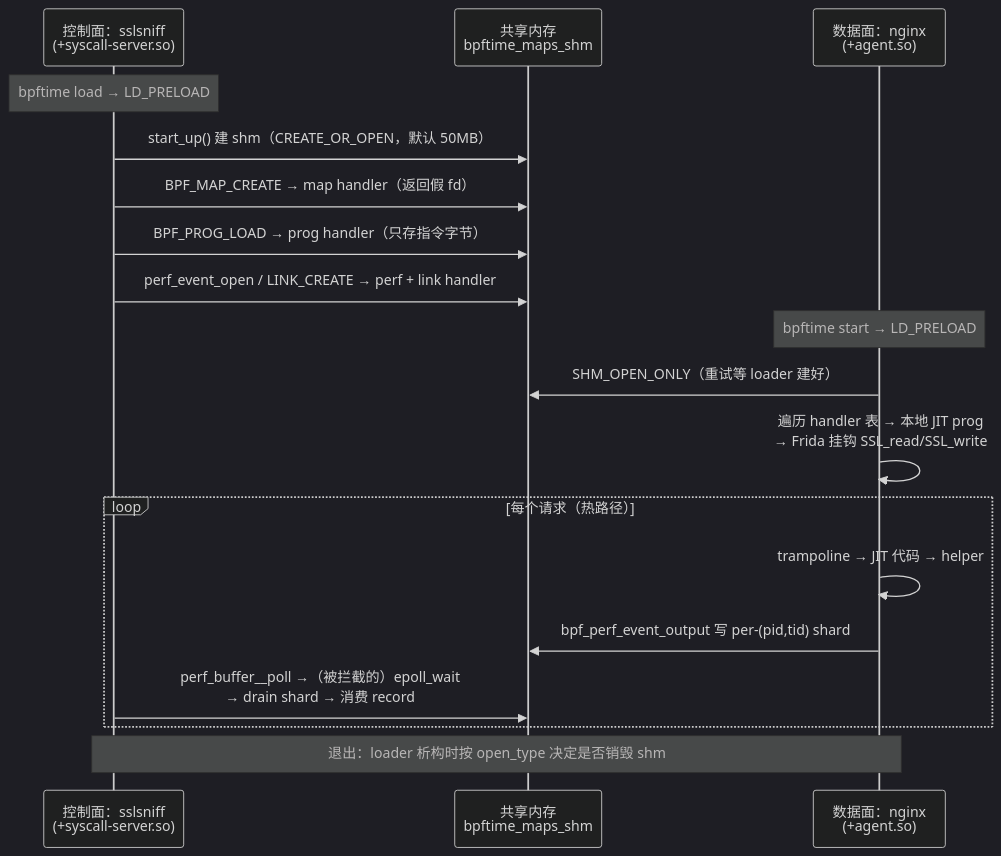
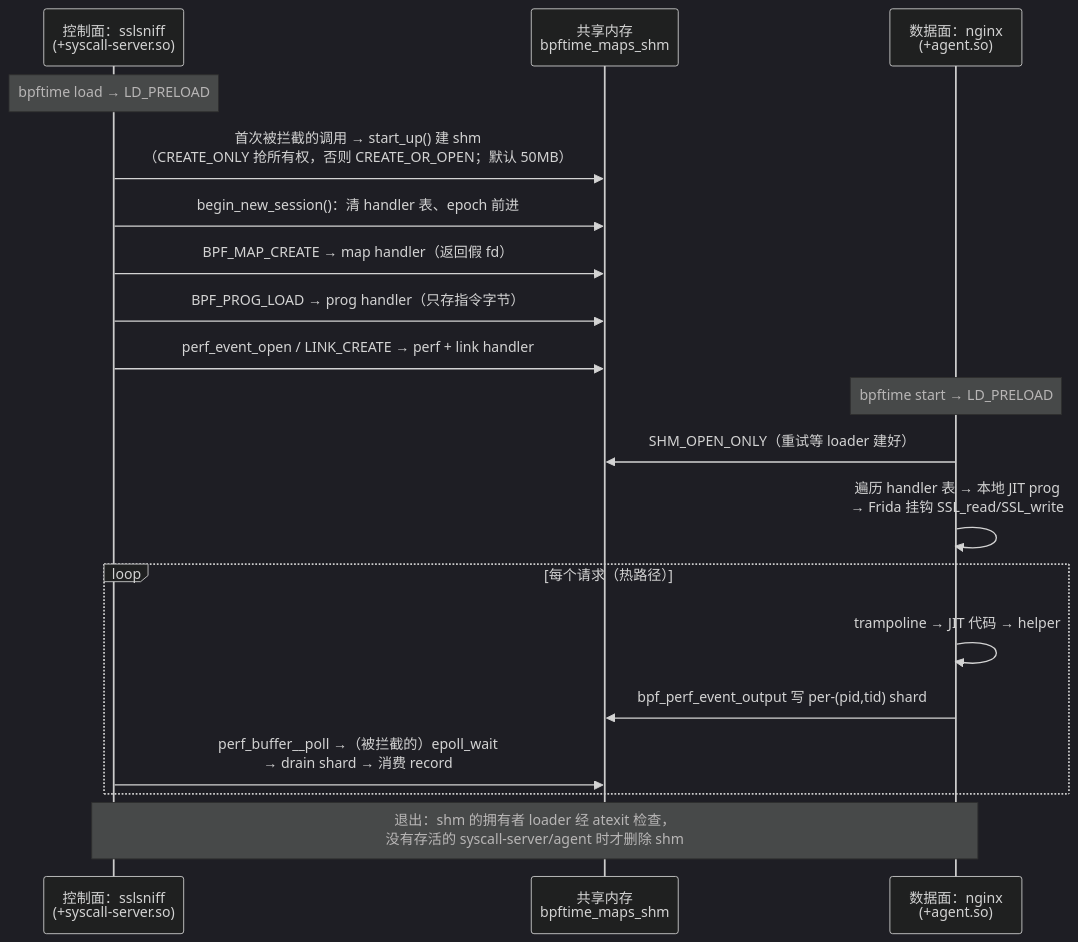
One commit to plsy1/bpftime-benchmark changed the second of 2 diagrams in 00-architecture.md. Above: the diagram before and after it, drawn with Mermaid (dark theme). The commit also changed other lines of this file and 9 other files, not shown here.

````diff
--- a/00-architecture.md
+++ b/00-architecture.md
@@ -102,20 +143,21 @@
 ```mermaid
 sequenceDiagram
     participant L as 控制面：sslsniff<br/>(+syscall-server.so)
     participant S as 共享内存<br/>bpftime_maps_shm
     participant T as 数据面：nginx<br/>(+agent.so)
     Note over L: bpftime load → LD_PRELOAD
-    L->>S: start_up() 建 shm（CREATE_OR_OPEN，默认 50MB）
+    L->>S: 首次被拦截的调用 → start_up() 建 shm<br/>（CREATE_ONLY 抢所有权，否则 CREATE_OR_OPEN；默认 50MB）
+    L->>S: begin_new_session()：清 handler 表、epoch 前进
     L->>S: BPF_MAP_CREATE → map handler（返回假 fd）
     L->>S: BPF_PROG_LOAD → prog handler（只存指令字节）
     L->>S: perf_event_open / LINK_CREATE → perf + link handler
     Note over T: bpftime start → LD_PRELOAD
     T->>S: SHM_OPEN_ONLY（重试等 loader 建好）
     T->>T: 遍历 handler 表 → 本地 JIT prog<br/>→ Frida 挂钩 SSL_read/SSL_write
     loop 每个请求（热路径）
         T->>T: trampoline → JIT 代码 → helper
         T->>S: bpf_perf_event_output 写 per-(pid,tid) shard
         L->>S: perf_buffer__poll →（被拦截的）epoll_wait<br/>→ drain shard → 消费 record
     end
-    Note over L,T: 退出：loader 析构时按 open_type 决定是否销毁 shm
+    Note over L,T: 退出：shm 的拥有者 loader 经 atexit 检查，<br/>没有存活的 syscall-server/agent 时才删除 shm
 ```
````
